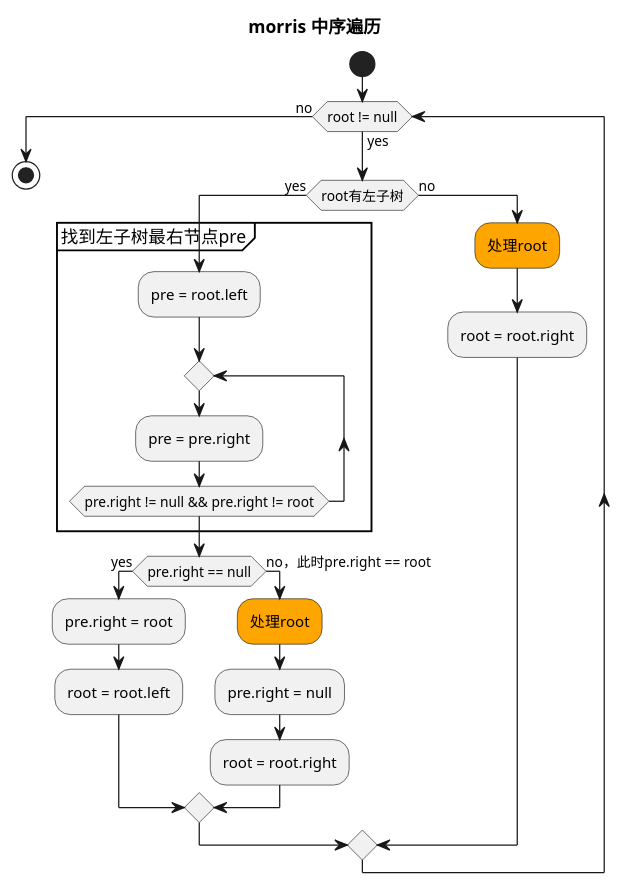
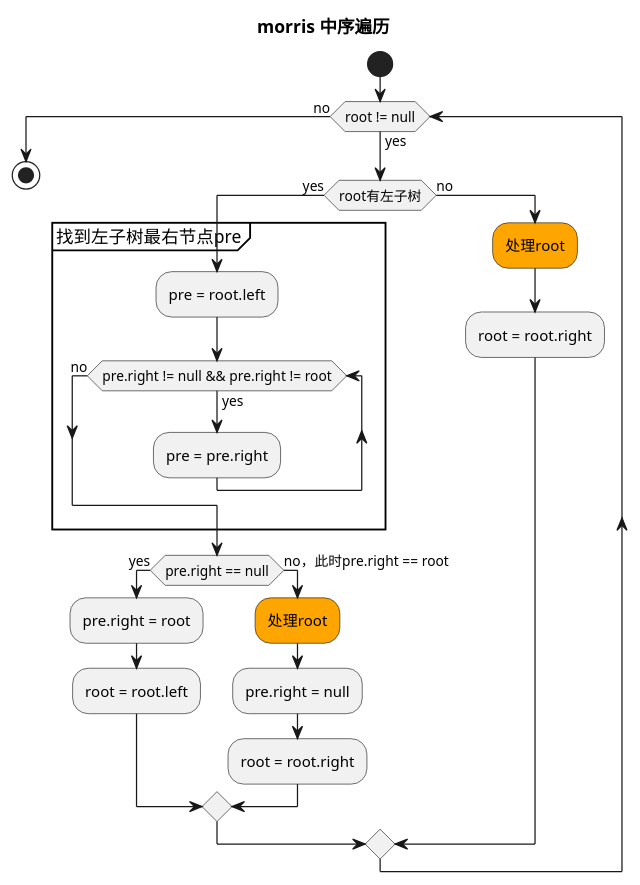
Before and after one commit to yinabameguru/leet-code-solution: the diagram in src/main/java/cn/com/meguru/sequence/morris.puml, drawn with PlantUML.

Commit message:
更新morris中序遍历流程图

```diff
--- a/src/main/java/cn/com/meguru/sequence/morris.puml
+++ b/src/main/java/cn/com/meguru/sequence/morris.puml
@@ -1,29 +1,29 @@
 @startuml
 'https://plantuml.com/sequence-diagram
 
 title morris 中序遍历
 
 start
 while (root != null) is (yes)
 if (root有左子树) then (yes)
 partition 找到左子树最右节点pre {
 :pre = root.left;
-repeat
+while (pre.right != null && pre.right != root) is (yes)
 :pre = pre.right;
-repeat while (pre.right != null && pre.right != root)
+endwhile (no)
 }
     if (pre.right == null) then (yes)
     :pre.right = root;
     :root = root.left;
     else (no，此时pre.right == root)
     #orange:处理root;
     :pre.right = null;
     :root = root.right;
     endif
 else (no)
 #orange:处理root;
 :root = root.right;
 endif
 endwhile (no)
 stop
 @enduml
```
